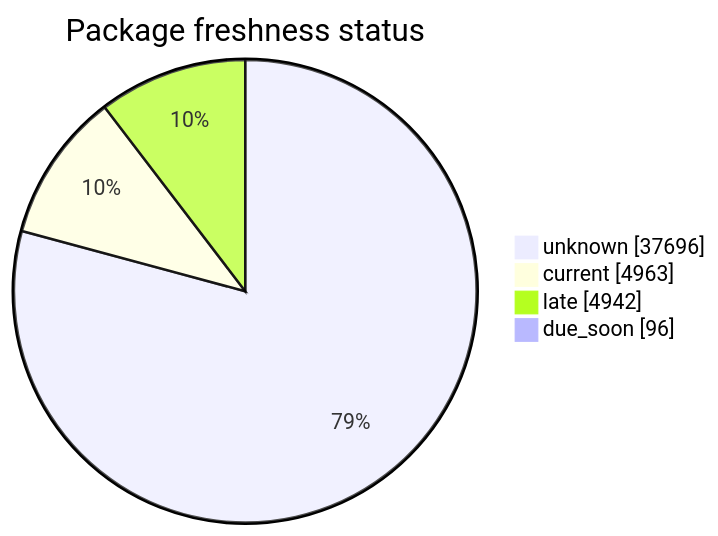
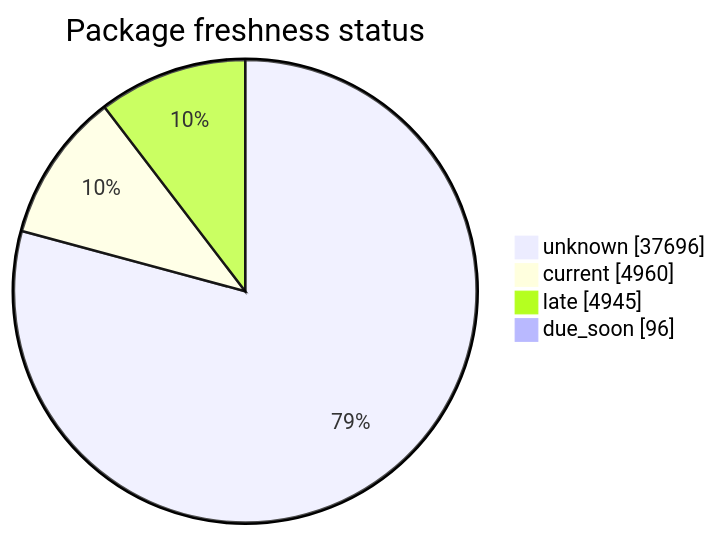
Before and after one commit to open-data/analytics-corporate-reporting: the second of 5 diagrams in FreshCheck/README.md, drawn with Mermaid. The commit also changed other lines of this file and 3 other files, not shown here.

````diff
--- a/FreshCheck/README.md
+++ b/FreshCheck/README.md
@@ -68,7 +68,7 @@
 ```mermaid
 pie showData title Package freshness status
     "unknown": 37696
-    "current": 4963
-    "late": 4942
+    "current": 4960
+    "late": 4945
     "due_soon": 96
 ```
````
